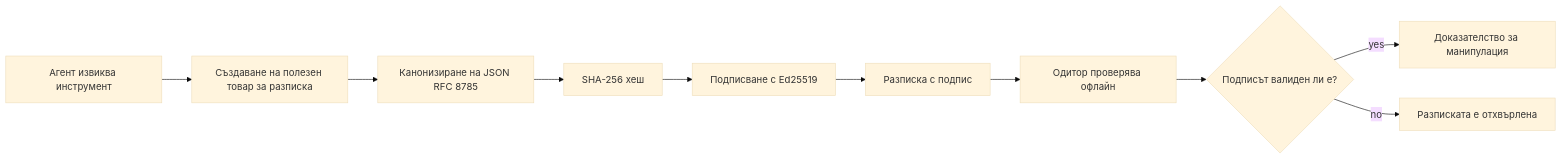
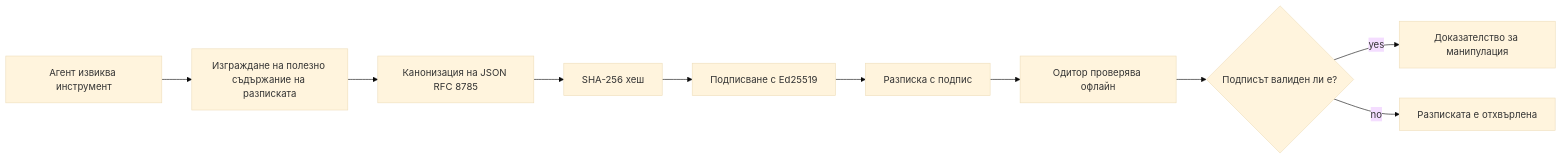
One commit to microsoft/ai-agents-for-beginners changed the first of 2 diagrams in translations/bg/18-securing-ai-agents/README.md. Above: the diagram before and after it, drawn with Mermaid (base theme). The commit also changed other lines of this file and 223 other files, not shown here.

````diff
--- a/translations/bg/18-securing-ai-agents/README.md
+++ b/translations/bg/18-securing-ai-agents/README.md
@@ -51,12 +51,12 @@
 ```mermaid
 flowchart LR
-    A[Агент извиква инструмент] --> B[Създаване на полезен товар за разписка]
-    B --> C[Канонизиране на JSON RFC 8785]
+    A[Агент извиква инструмент] --> B[Изграждане на полезно съдържание на разписката]
+    B --> C[Канонизация на JSON RFC 8785]
     C --> D[SHA-256 хеш]
     D --> E[Подписване с Ed25519]
     E --> F[Разписка с подпис]
     F --> G[Одитор проверява офлайн]
     G --> H{Подписът валиден ли е?}
     H -- yes --> I[Доказателство за манипулация]
     H -- no --> J[Разписката е отхвърлена]
 ```
````
